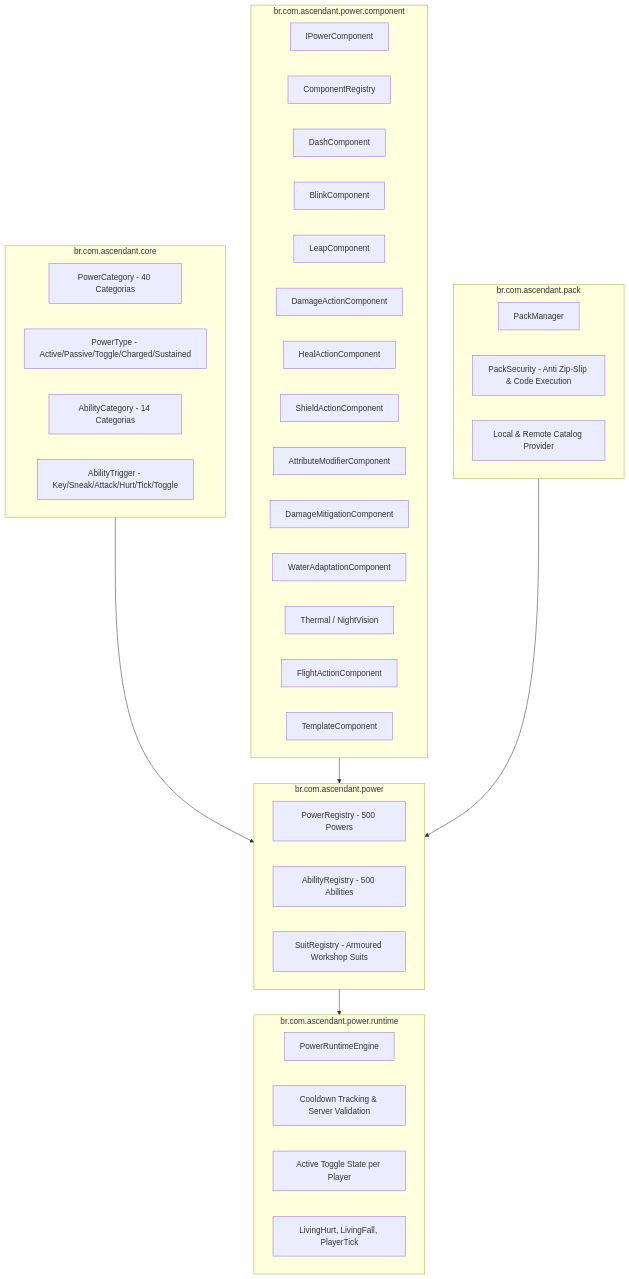
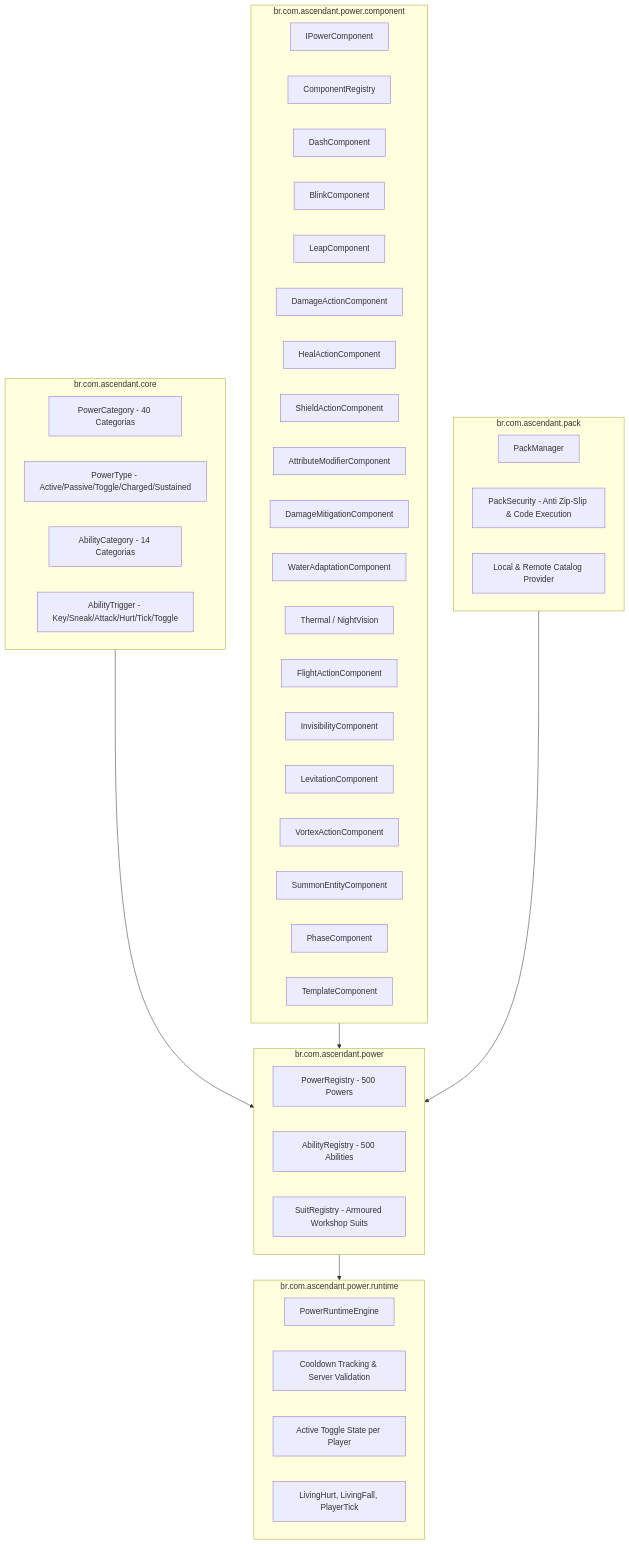
The diagram in docs/DEVELOPMENT_STATUS.md (srkaiohshin-droid/Ascendent), drawn with Mermaid before and after one commit. The commit also changed other lines of this file and 17 other files, not shown here.

````diff
--- a/docs/DEVELOPMENT_STATUS.md
+++ b/docs/DEVELOPMENT_STATUS.md
@@ -14,50 +14,55 @@
 ```mermaid
 flowchart TD
     subgraph Core [br.com.ascendant.core]
         PC[PowerCategory - 40 Categorias]
         PT[PowerType - Active/Passive/Toggle/Charged/Sustained]
         AC[AbilityCategory - 14 Categorias]
         AT[AbilityTrigger - Key/Sneak/Attack/Hurt/Tick/Toggle]
     end
 
     subgraph Component_System [br.com.ascendant.power.component]
         IPC[IPowerComponent]
         CR[ComponentRegistry]
         Dash[DashComponent]
         Blink[BlinkComponent]
         Leap[LeapComponent]
         Dmg[DamageActionComponent]
         Heal[HealActionComponent]
         Shield[ShieldActionComponent]
         Attr[AttributeModifierComponent]
         Mit[DamageMitigationComponent]
         Water[WaterAdaptationComponent]
         Vision[Thermal / NightVision]
         FlightComp[FlightActionComponent]
+        Invis[InvisibilityComponent]
+        Levitation[LevitationComponent]
+        Vortex[VortexActionComponent]
+        Summon[SummonEntityComponent]
+        Phase[PhaseComponent]
         Templ[TemplateComponent]
     end
 
     subgraph Registries [br.com.ascendant.power]
         PR[PowerRegistry - 500 Powers]
         AR[AbilityRegistry - 500 Abilities]
         SR[SuitRegistry - Armoured Workshop Suits]
     end
 
     subgraph Runtime_Engine [br.com.ascendant.power.runtime]
         PRE[PowerRuntimeEngine]
         Cooldowns[Cooldown Tracking & Server Validation]
         Toggles[Active Toggle State per Player]
         EventHooks[LivingHurt, LivingFall, PlayerTick]
     end
 
     subgraph Packs [br.com.ascendant.pack]
         PM[PackManager]
         PS[PackSecurity - Anti Zip-Slip & Code Execution]
         Catalog[Local & Remote Catalog Provider]
     end
 
     Core --> Registries
     Component_System --> Registries
     Registries --> Runtime_Engine
     Packs --> Registries
 ```
````
